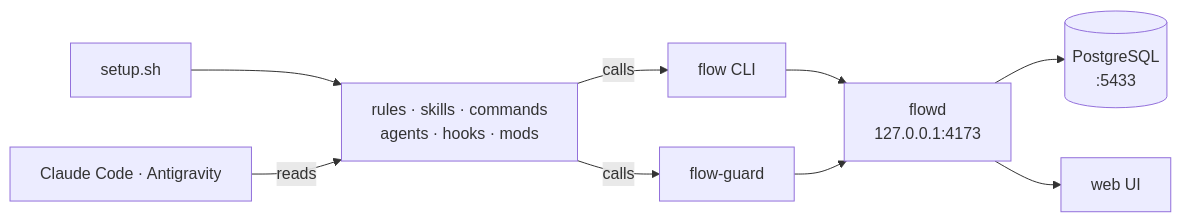
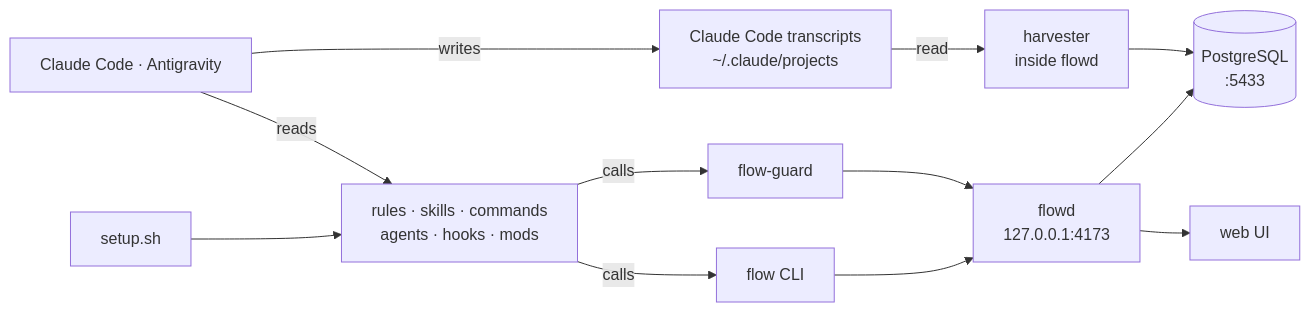
Before and after one commit to tweety53/agents: the first of 2 diagrams in README.md, drawn with Mermaid. The commit also changed other lines of this file, not shown here.

Commit message:
docs(readme): show the harvester on the architecture diagram

````diff
--- a/README.md
+++ b/README.md
@@ -32,11 +32,14 @@
 ```mermaid
 flowchart LR
     setup["setup.sh"] --> inst["rules · skills · commands<br/>agents · hooks · mods"]
     cc["Claude Code · Antigravity"] -- reads --> inst
     inst -- calls --> cli["flow CLI"]
     inst -- calls --> fg["flow-guard"]
     cli --> flowd["flowd<br/>127.0.0.1:4173"]
     fg --> flowd
     flowd --> pg[("PostgreSQL<br/>:5433")]
     flowd --> ui["web UI"]
+    cc -- writes --> tr["Claude Code transcripts<br/>~/.claude/projects"]
+    tr -- read --> hv["harvester<br/>inside flowd"]
+    hv --> pg
 ```
````
